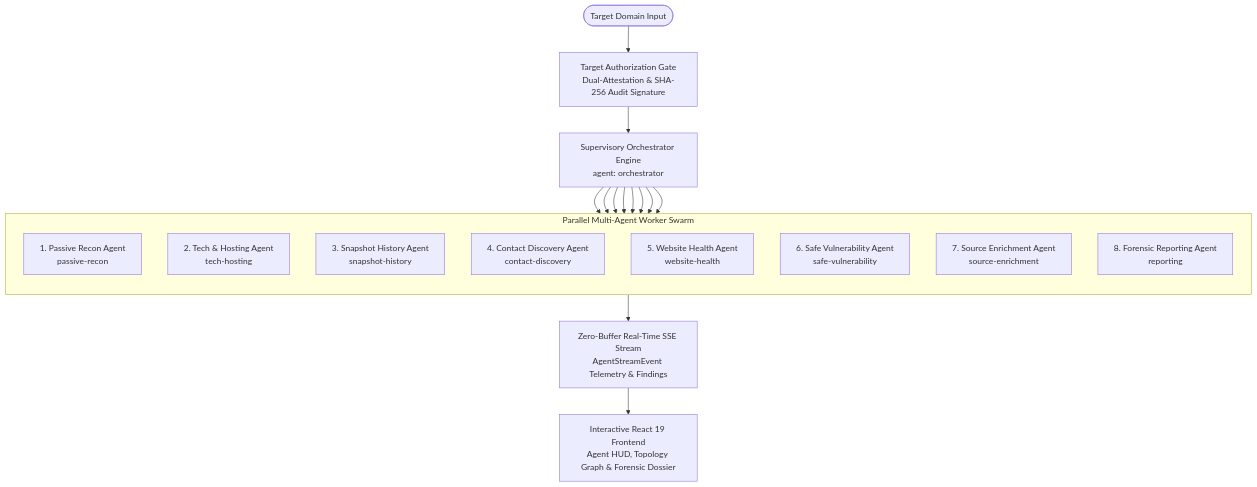
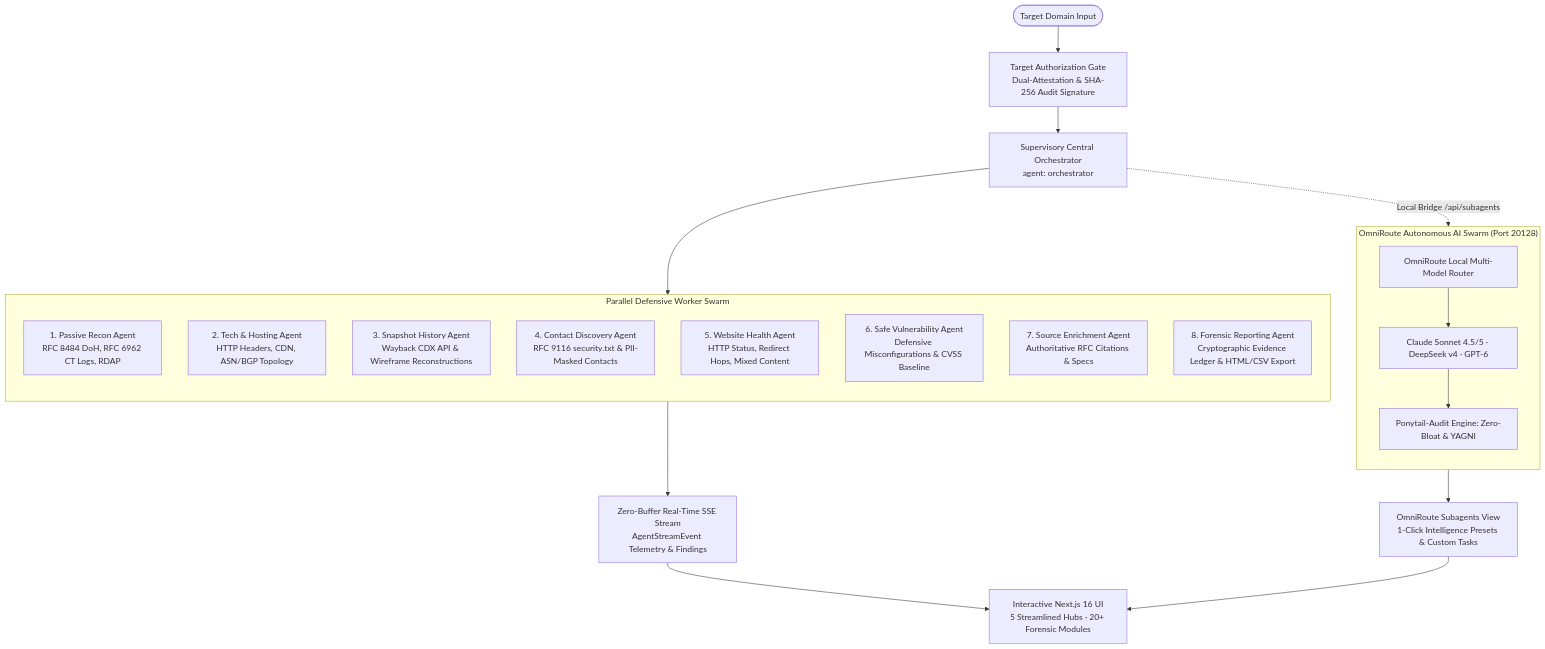
One commit to SohanV1/internet-archaeologist-platform changed the diagram in README.md. Above: the diagram before and after it, drawn with Mermaid. The commit also changed other lines of this file and 15 other files, not shown here.

First line of the commit message:
feat(swarm): add OmniRoute subagents, zero-flash UI, security workflow & recruiter-grade documentation

````diff
--- a/README.md
+++ b/README.md
@@ -40,29 +35,34 @@
 ```mermaid
 flowchart TD
     User([Target Domain Input]) --> AuthGate[Target Authorization Gate\nDual-Attestation & SHA-256 Audit Signature]
-    AuthGate --> Orchestrator[Supervisory Orchestrator Engine\nagent: orchestrator]
+    AuthGate --> Orchestrator[Supervisory Central Orchestrator\nagent: orchestrator]
     
-    subgraph Swarm["Parallel Multi-Agent Worker Swarm"]
+    subgraph Swarm["Parallel Defensive Worker Swarm"]
         direction TB
-        A1[1. Passive Recon Agent\npassive-recon]
-        A2[2. Tech & Hosting Agent\ntech-hosting]
-        A3[3. Snapshot History Agent\nsnapshot-history]
-        A4[4. Contact Discovery Agent\ncontact-discovery]
-        A5[5. Website Health Agent\nwebsite-health]
-        A6[6. Safe Vulnerability Agent\nsafe-vulnerability]
-        A7[7. Source Enrichment Agent\nsource-enrichment]
-        A8[8. Forensic Reporting Agent\nreporting]
+        A1[1. Passive Recon Agent\nRFC 8484 DoH, RFC 6962 CT Logs, RDAP]
+        A2[2. Tech & Hosting Agent\nHTTP Headers, CDN, ASN/BGP Topology]
+        A3[3. Snapshot History Agent\nWayback CDX API & Wireframe Reconstructions]
+        A4[4. Contact Discovery Agent\nRFC 9116 security.txt & PII-Masked Contacts]
+        A5[5. Website Health Agent\nHTTP Status, Redirect Hops, Mixed Content]
+        A6[6. Safe Vulnerability Agent\nDefensive Misconfigurations & CVSS Baseline]
+        A7[7. Source Enrichment Agent\nAuthoritative RFC Citations & Specs]
+        A8[8. Forensic Reporting Agent\nCryptographic Evidence Ledger & HTML/CSV Export]
     end
 
-    Orchestrator --> A1
-    Orchestrator --> A2
-    Orchestrator --> A3
-    Orchestrator --> A4
-    Orchestrator --> A5
-    Orchestrator --> A6
-    Orchestrator --> A7
-    Orchestrator --> A8
+    subgraph OmniRoute["OmniRoute Autonomous AI Swarm (Port 20128)"]
+        direction TB
+        OR_Router[OmniRoute Local Multi-Model Router]
+        OR_Models[Claude Sonnet 4.5/5 · DeepSeek v4 · GPT-6]
+        OR_Audit[Ponytail-Audit Engine: Zero-Bloat & YAGNI]
+        OR_Router --> OR_Models --> OR_Audit
+    end
+
+    Orchestrator --> Swarm
+    Orchestrator -.->|Local Bridge /api/subagents| OmniRoute
 
     Swarm --> SSE[Zero-Buffer Real-Time SSE Stream\nAgentStreamEvent Telemetry & Findings]
-    SSE --> UI[Interactive React 19 Frontend\nAgent HUD, Topology Graph & Forensic Dossier]
+    OmniRoute --> SubTab[OmniRoute Subagents View\n1-Click Intelligence Presets & Custom Tasks]
+    
+    SSE --> UI[Interactive Next.js 16 UI\n5 Streamlined Hubs · 20+ Forensic Modules]
+    SubTab --> UI
 ```
````
